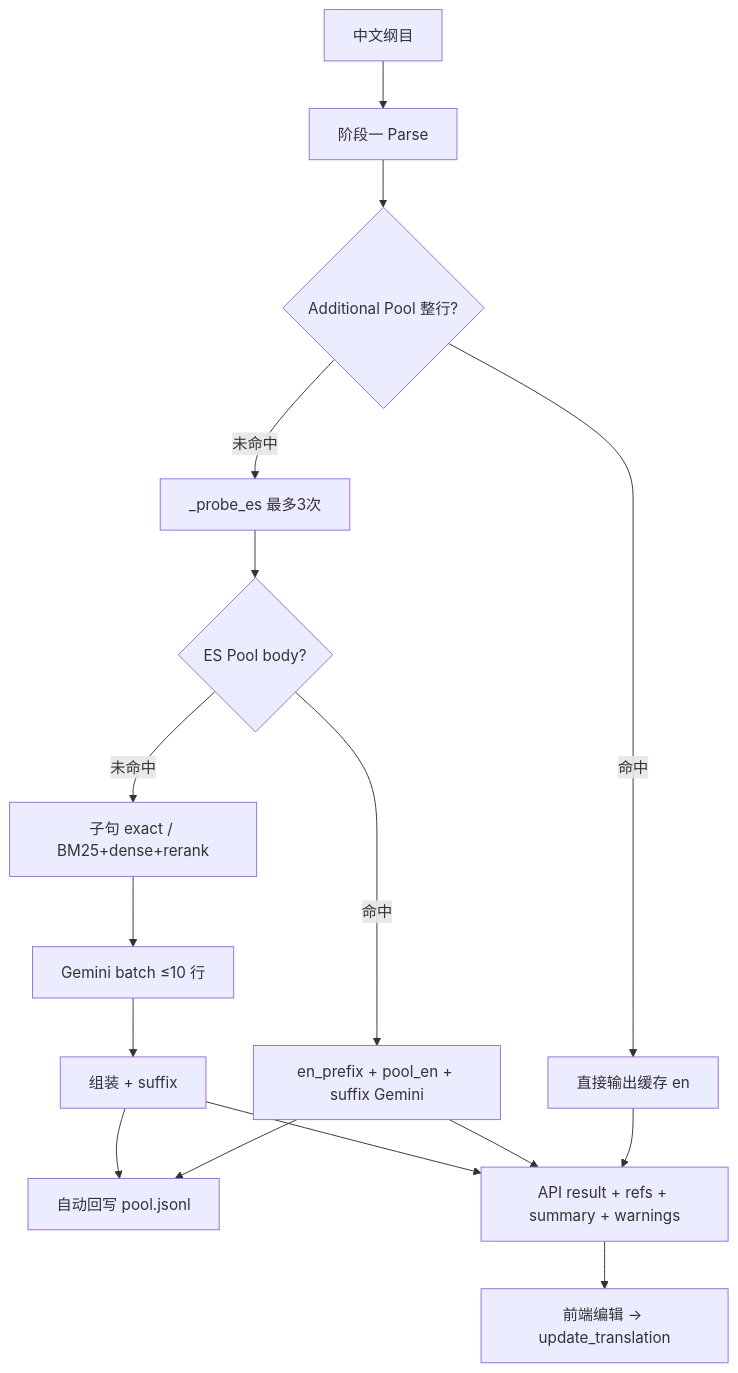
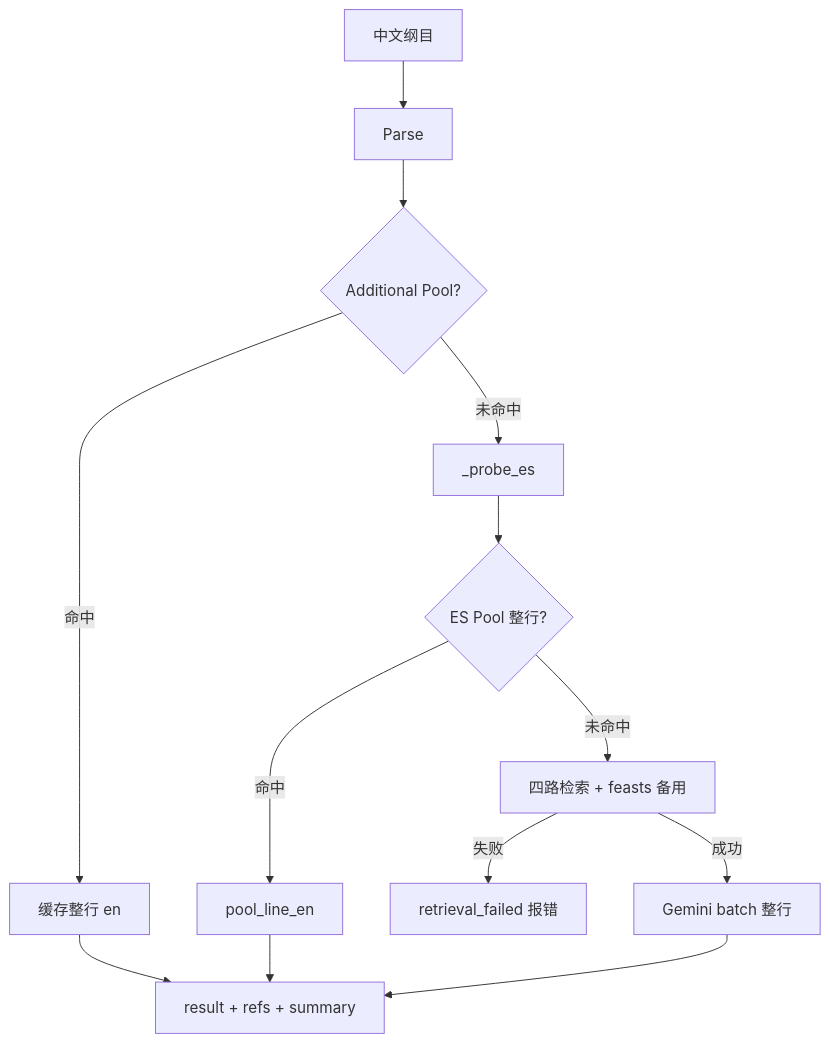
One commit to SangChhean/copypan changed the diagram in testD/docs/ENHANCED_TRANSLATE_DESIGN.md. Above: the diagram before and after it, drawn with Mermaid. The commit also changed other lines of this file and 8 other files, not shown here.

````diff
--- a/testD/docs/ENHANCED_TRANSLATE_DESIGN.md
+++ b/testD/docs/ENHANCED_TRANSLATE_DESIGN.md
@@ -1933,18 +1733,15 @@
 ```mermaid
 flowchart TD
-  A[中文纲目] --> B[阶段一 Parse]
-  B --> C{Additional Pool 整行?}
-  C -->|命中| H[直接输出缓存 en]
-  C -->|未命中| D[_probe_es 最多3次]
-  D --> E{ES Pool body?}
-  E -->|命中| F[en_prefix + pool_en + suffix Gemini]
-  E -->|未命中| G[子句 exact / BM25+dense+rerank]
-  G --> I[Gemini batch ≤10 行]
-  I --> J[组装 + suffix]
-  F --> K[自动回写 pool.jsonl]
-  J --> K
-  H --> L[API result + refs + summary + warnings]
-  F --> L
-  J --> L
-  L --> M[前端编辑 → update_translation]
+  A[中文纲目] --> B[Parse]
+  B --> C{Additional Pool?}
+  C -->|命中| H[缓存整行 en]
+  C -->|未命中| D[_probe_es]
+  D --> E{ES Pool 整行?}
+  E -->|命中| F[pool_line_en]
+  E -->|未命中| G[四路检索 + feasts 备用]
+  G -->|失败| X[retrieval_failed 报错]
+  G -->|成功| I[Gemini batch 整行]
+  F --> L[result + refs + summary]
+  H --> L
+  I --> L
 ```
````
